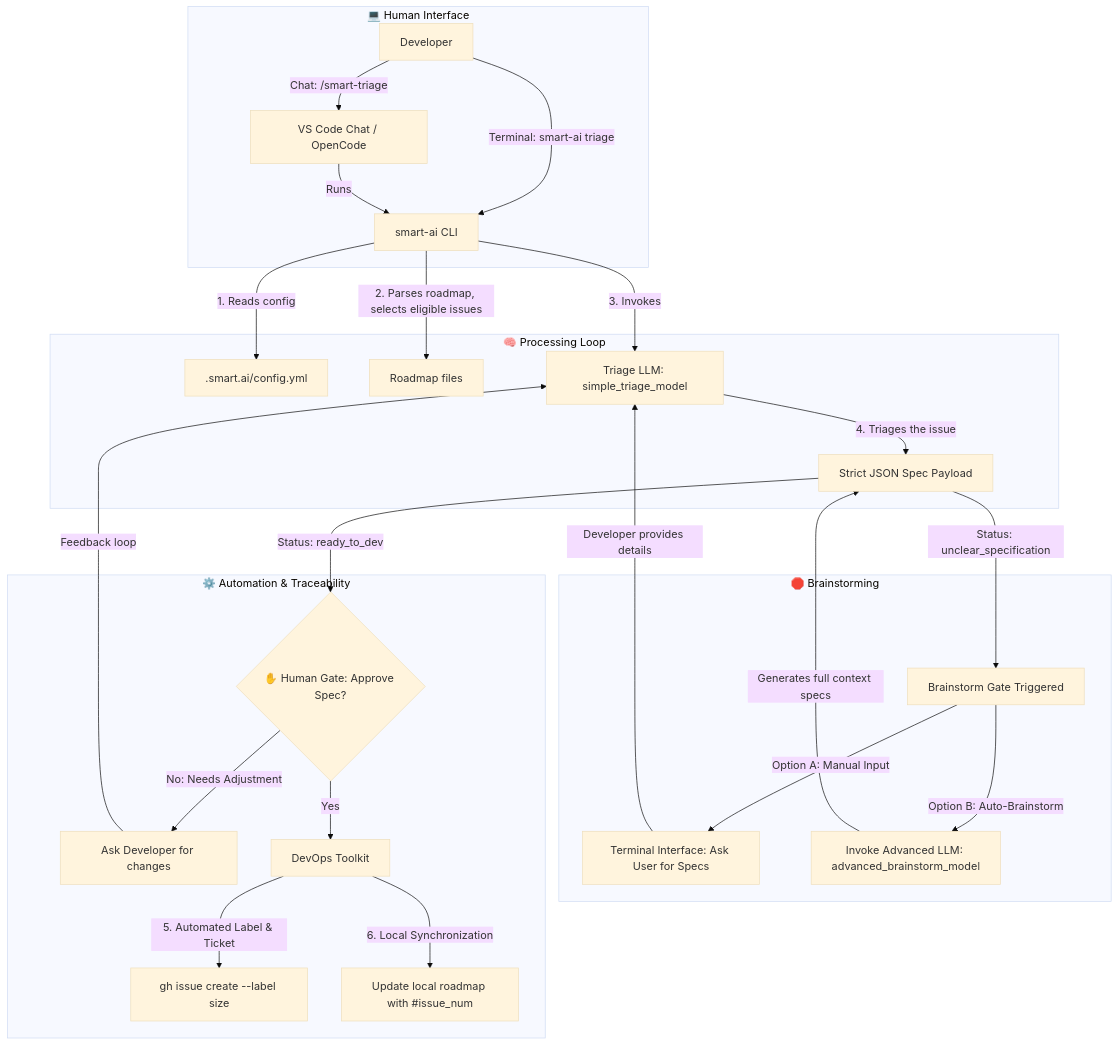
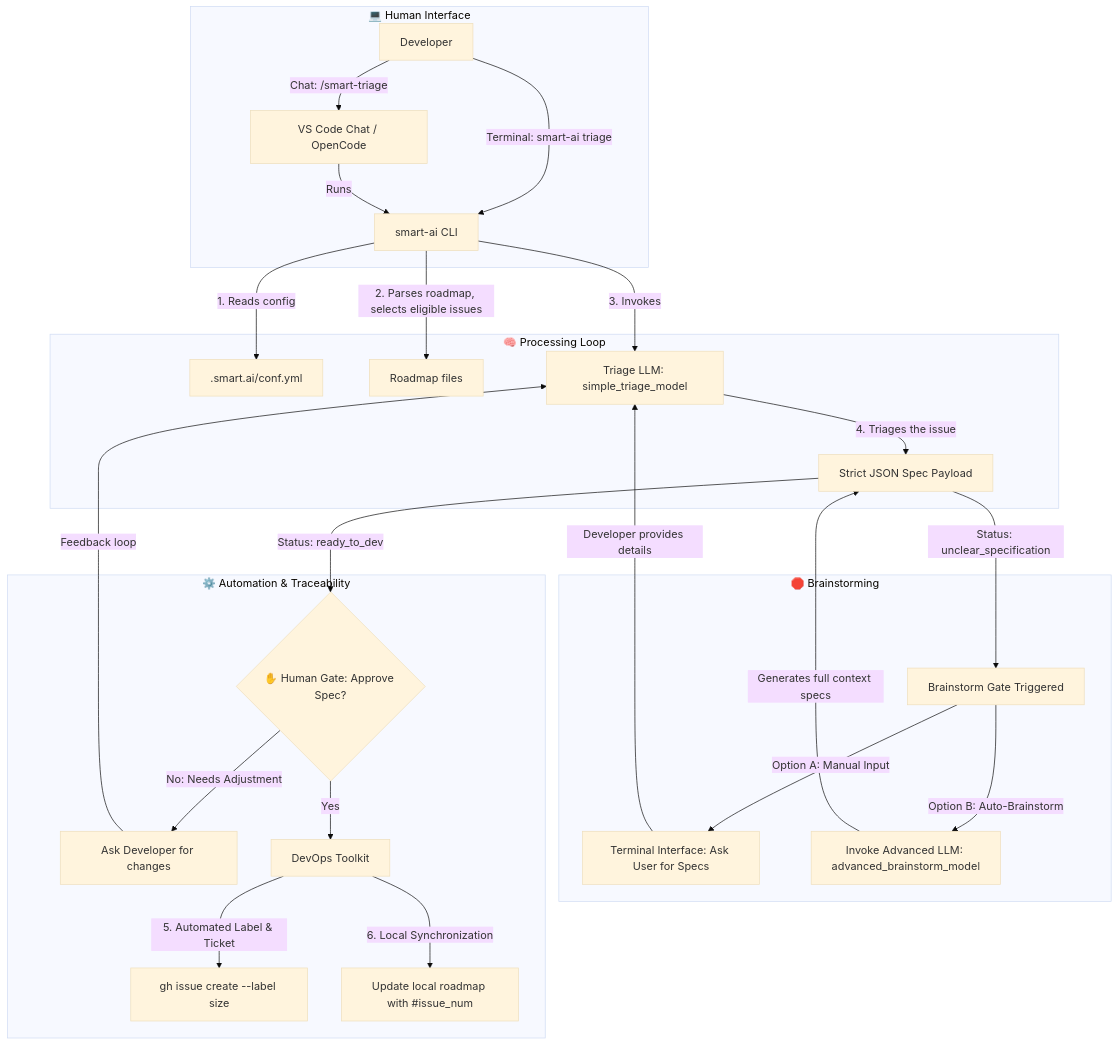
One commit to fletort/smart-ai-factory changed the first of 3 diagrams in docs/specs/triage-local.md. Above: the diagram before and after it, drawn with Mermaid (base theme). The commit also changed other lines of this file and 32 other files, not shown here.

````diff
--- a/docs/specs/triage-local.md
+++ b/docs/specs/triage-local.md
@@ -31,35 +31,35 @@
   ```mermaid
   graph TD
       subgraph "💻 Human Interface"
           User[Developer] -->|Terminal: smart-ai triage| CLI[smart-ai CLI]
           User -->|Chat: /smart-triage| Chat[VS Code Chat / OpenCode]
           Chat -->|Runs| CLI
       end
 
       subgraph "🧠 Processing Loop"
-          CLI -->|1. Reads config| Config[.smart.ai/config.yml]
+          CLI -->|1. Reads config| Config[.smart.ai/conf.yml]
           CLI -->|2. Parses roadmap, selects eligible issues| RM0[Roadmap files]
           CLI -->|3. Invokes| LLM[Triage LLM: simple_triage_model]
           LLM -->|4. Triages the issue| JSON[Strict JSON Spec Payload]
       end
 
       subgraph "🛑 Brainstorming"
           JSON -->|"Status: unclear_specification"| BS[Brainstorm Gate Triggered]
           BS -->|Option A: Manual Input| Prompt[Terminal Interface: Ask User for Specs]
           Prompt -->|Developer provides details| LLM
 
           BS -->|Option B: Auto-Brainstorm| Claude[Invoke Advanced LLM: advanced_brainstorm_model]
           Claude -->|Generates full context specs| JSON
       end
 
       subgraph "⚙️ Automation & Traceability"
           JSON -->|"Status: ready_to_dev"| HITL{✋ Human Gate: Approve Spec?}
 
           HITL -->|No: Needs Adjustment| Adjust[Ask Developer for changes]
           Adjust -->|Feedback loop| LLM
 
           HITL -->|Yes| DevOp[DevOps Toolkit]
           DevOp -->|5. Automated Label & Ticket| GH[gh issue create --label size]
           DevOp -->|6. Local Synchronization| RM[Update local roadmap with #issue_num]
       end
   ```
````
